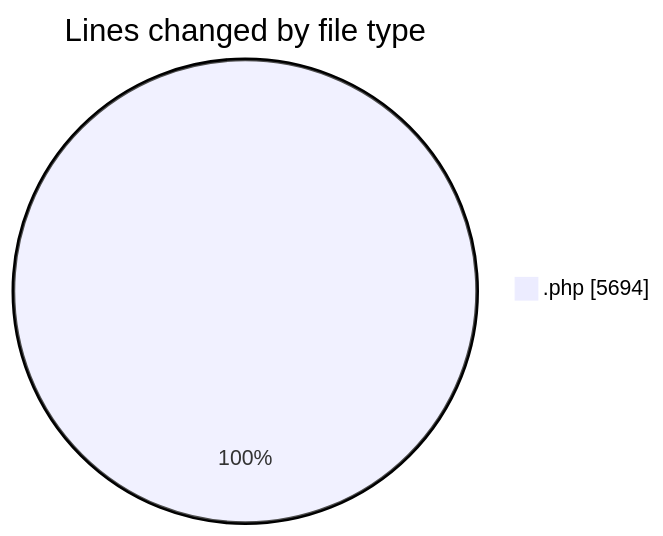
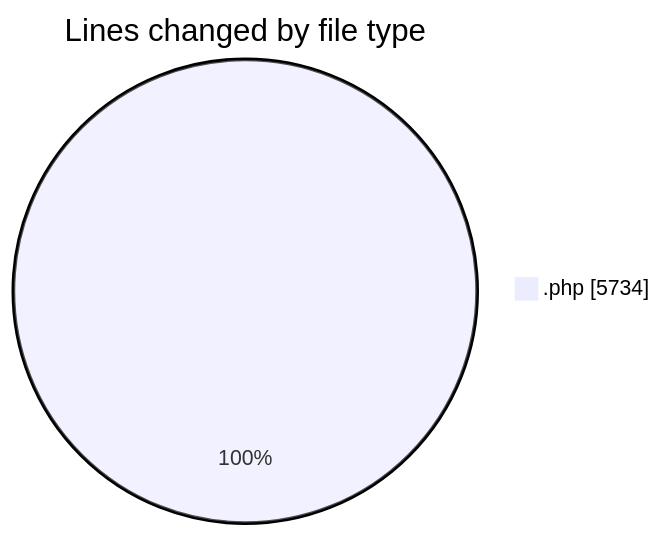
One commit to debugP/code-tracking changed the first of 2 diagrams in 2025-10-03/untitled__workspace_/README.md. Above: the diagram before and after it, drawn with Mermaid. The commit also changed other lines of this file and 1 other file, not shown here.

````diff
--- a/2025-10-03/untitled__workspace_/README.md
+++ b/2025-10-03/untitled__workspace_/README.md
@@ -23,5 +23,5 @@
 ```mermaid
 pie showData
 title Lines changed by file type
-".php" : 5694
+".php" : 5734
 ```
````
